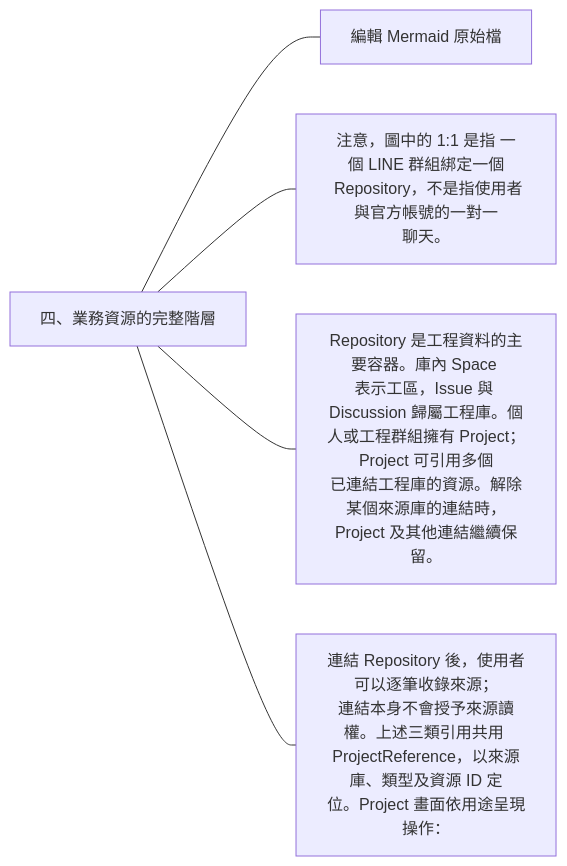
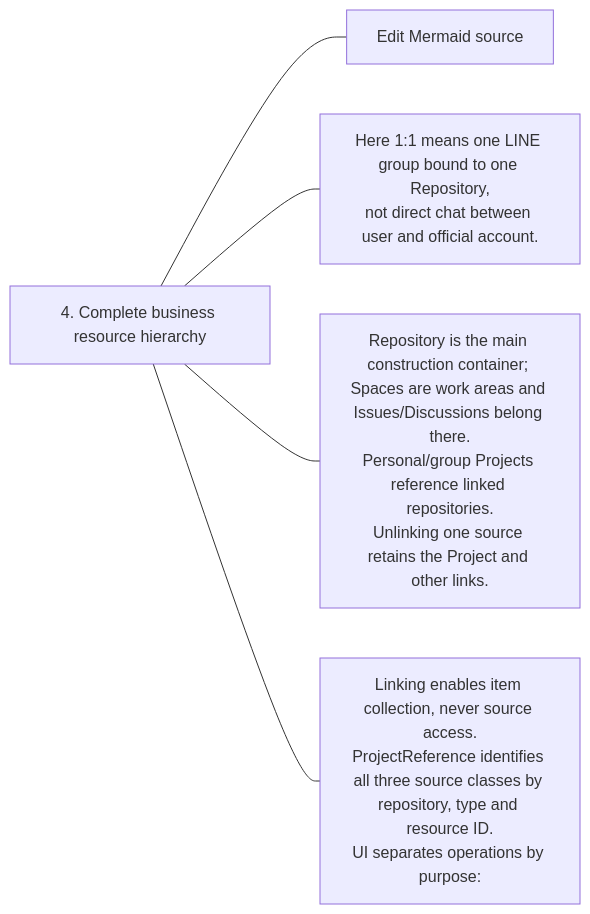
One commit to 963sup/line-mini-app-bot changed diagram 13 of 38 in docs/proposals/line-engineering/README.md. Above: the diagram before and after it, drawn with Mermaid. The commit also changed other lines of this file and 341 other files, not shown here.

````diff
--- a/docs/proposals/line-engineering/README.md
+++ b/docs/proposals/line-engineering/README.md
@@ -159,9 +163,9 @@
 ```mermaid
 flowchart LR
-  h["四、業務資源的完整階層"]
-  h --- n0["編輯 Mermaid 原始檔"]
+  h["4. Complete business resource hierarchy"]
+  h --- n0["Edit Mermaid source"]
   click n0 "diagrams/resource-hierarchy.mermaid"
-  h --- n1["注意，圖中的 1:1 是指 一個 LINE 群組綁定一個<br/> Repository，不是指使用者與官方帳號的一對一<br/>聊天。"]
-  h --- n2["Repository 是工程資料的主要容器。庫內 Space <br/>表示工區，Issue 與 Discussion 歸屬工程庫。個<br/>人或工程群組擁有 Project；Project 可引用多個<br/>已連結工程庫的資源。解除某個來源庫的連結時，<br/>Project 及其他連結繼續保留。"]
-  h --- n3["連結 Repository 後，使用者可以逐筆收錄來源；<br/>連結本身不會授予來源讀權。上述三類引用共用 <br/>ProjectReference，以來源庫、類型及資源 ID 定<br/>位。Project 畫面依用途呈現操作："]
+  h --- n1["Here 1:1 means one LINE group bound to one Repository,<br/>not direct chat between user and official account."]
+  h --- n2["Repository is the main construction container; Spaces are work areas and Issues/Discussions belong there.<br/>Personal/group Projects reference linked repositories.<br/>Unlinking one source retains the Project and other links."]
+  h --- n3["Linking enables item collection, never source access.<br/>ProjectReference identifies all three source classes by repository, type and resource ID.<br/>UI separates operations by purpose:"]
 ```
````
